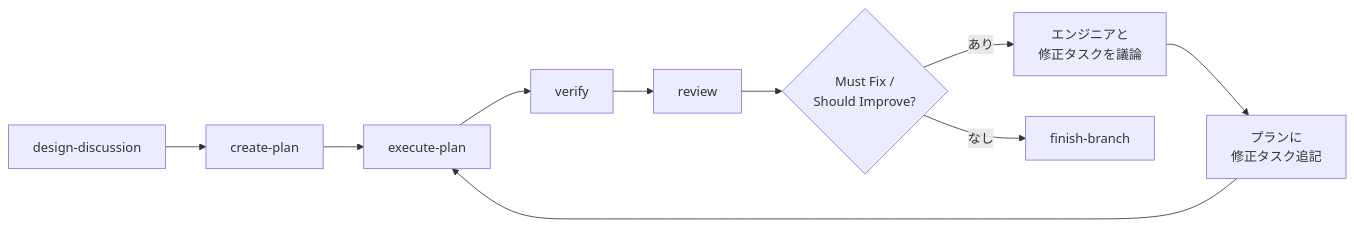
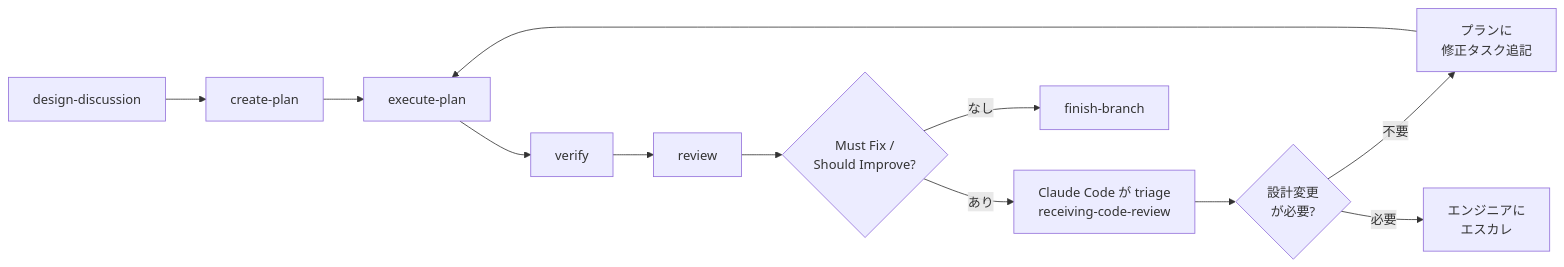
Before and after one commit to CityBear3/dotfiles: the diagram in claude/CLAUDE.md, drawn with Mermaid. The commit also changed other lines of this file, not shown here.

Commit message:
Update: replace engineer discussion with Claude Code triage in review feedback loop
Preserve the autonomous loop discipline: Claude Code applies the
receiving-code-review skill (verify, push back, YAGNI) to triage review
items. Implementation-level items are appended to the plan and the
loop returns to execute-plan without engineer intervention. Engineer
is escalated to only when an item requires a design change (architecture,
Design Doc contracts, scope expansion) — consistent with the existing
escalation rule pattern.

````diff
--- a/claude/CLAUDE.md
+++ b/claude/CLAUDE.md
@@ -74,12 +74,14 @@
 ```mermaid
 flowchart LR
     A[design-discussion] --> B[create-plan]
     B --> C[execute-plan]
     C --> D[verify]
     D --> E[review]
     E --> G{Must Fix /<br/>Should Improve?}
-    G -->|あり| J[エンジニアと<br/>修正タスクを議論]
-    J --> H[プランに<br/>修正タスク追記]
+    G -->|あり| J[Claude Code が triage<br/>receiving-code-review]
+    J --> K{設計変更<br/>が必要?}
+    K -->|不要| H[プランに<br/>修正タスク追記]
     H --> C
+    K -->|必要| L[エンジニアに<br/>エスカレ]
     G -->|なし| F[finish-branch]
 ```
````
